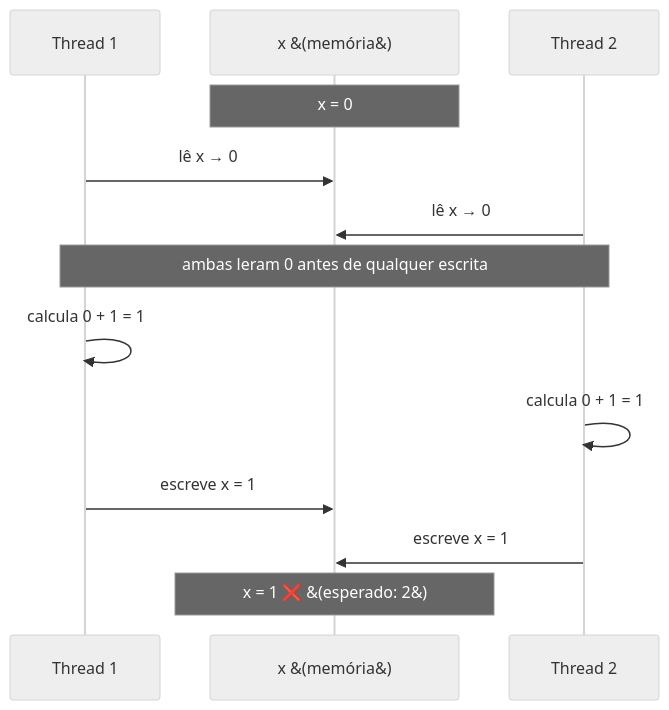
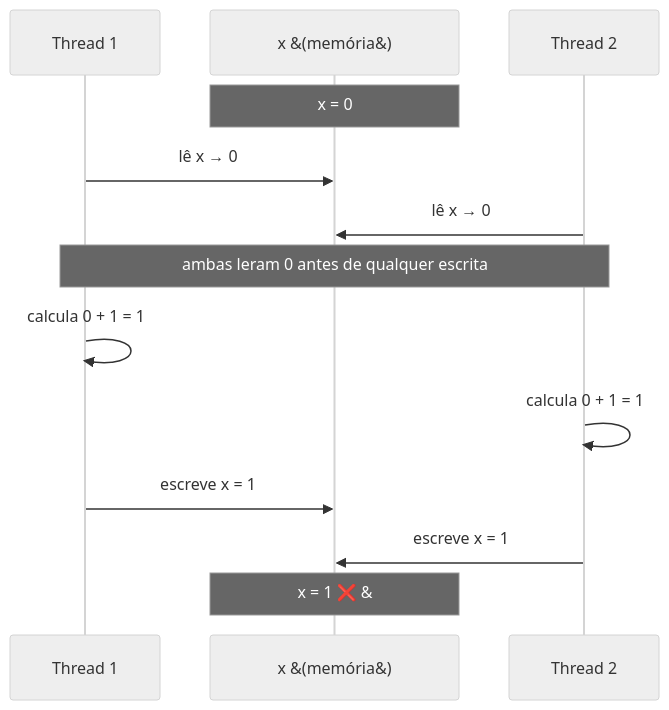
The third of 8 diagrams in 03-Dominios/Ciência/Concorrência e Paralelismo/01 - Concorrência e paralelismo - o que é e por que é difícil.md (josenaldo/codex-technomanticus), drawn with Mermaid (neutral theme) before and after one commit. The commit also changed 30 other files, not shown here.

First line of the commit message:
fix(diagramas): 22 diagramas que não renderizavam por erro de sintaxe

````diff
--- a/03-Dominios/Ciência/Concorrência e Paralelismo/01 - Concorrência e paralelismo - o que é e por que é difícil.md
+++ b/03-Dominios/Ciência/Concorrência e Paralelismo/01 - Concorrência e paralelismo - o que é e por que é difícil.md
@@ -109,16 +109,16 @@
 ```mermaid
 sequenceDiagram
     participant T1 as Thread 1
     participant Mem as x &#40;memória&#41;
     participant T2 as Thread 2
 
     Note over Mem: x = 0
     T1->>Mem: lê x → 0
     T2->>Mem: lê x → 0
     Note over T1,T2: ambas leram 0 antes de qualquer escrita
     T1->>T1: calcula 0 + 1 = 1
     T2->>T2: calcula 0 + 1 = 1
     T1->>Mem: escreve x = 1
     T2->>Mem: escreve x = 1
-    Note over Mem: x = 1  ❌ &#40;esperado: 2&#41;
+    Note over Mem: x = 1  ❌ &#40,esperado: 2&#41,
 ```
````
